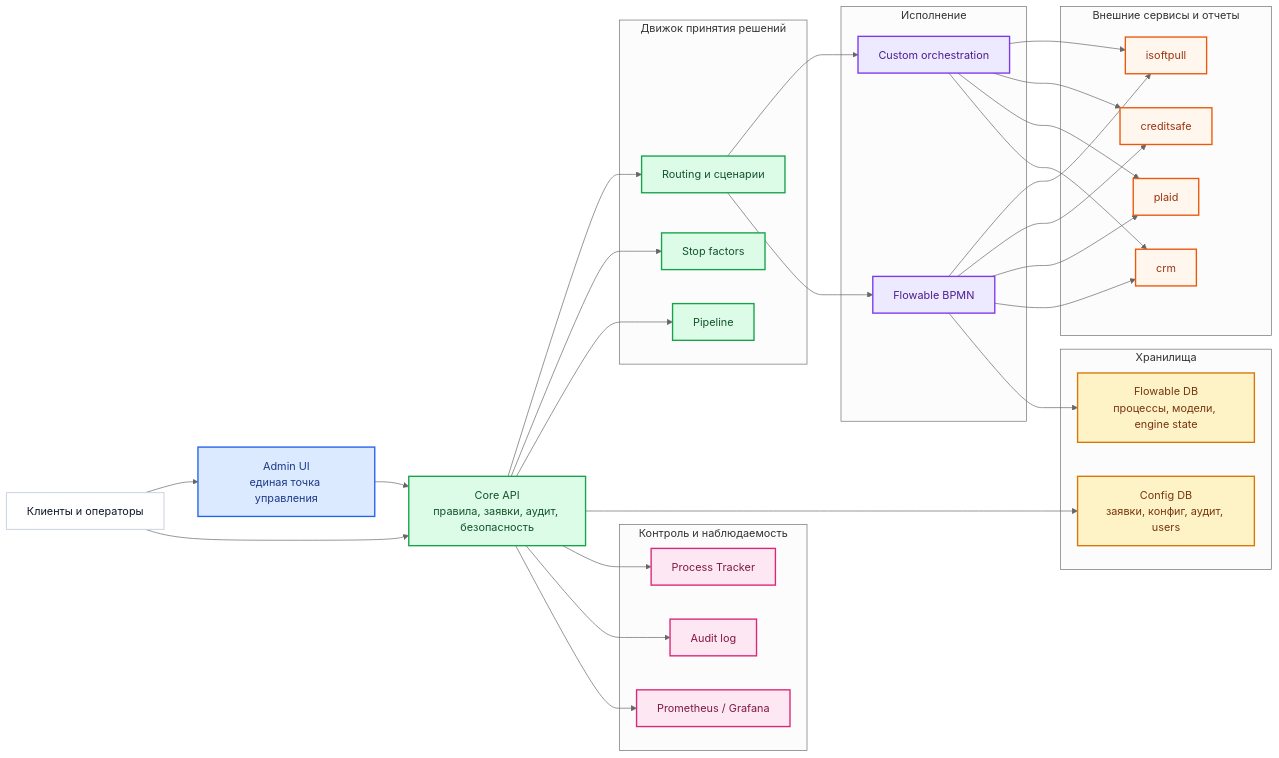
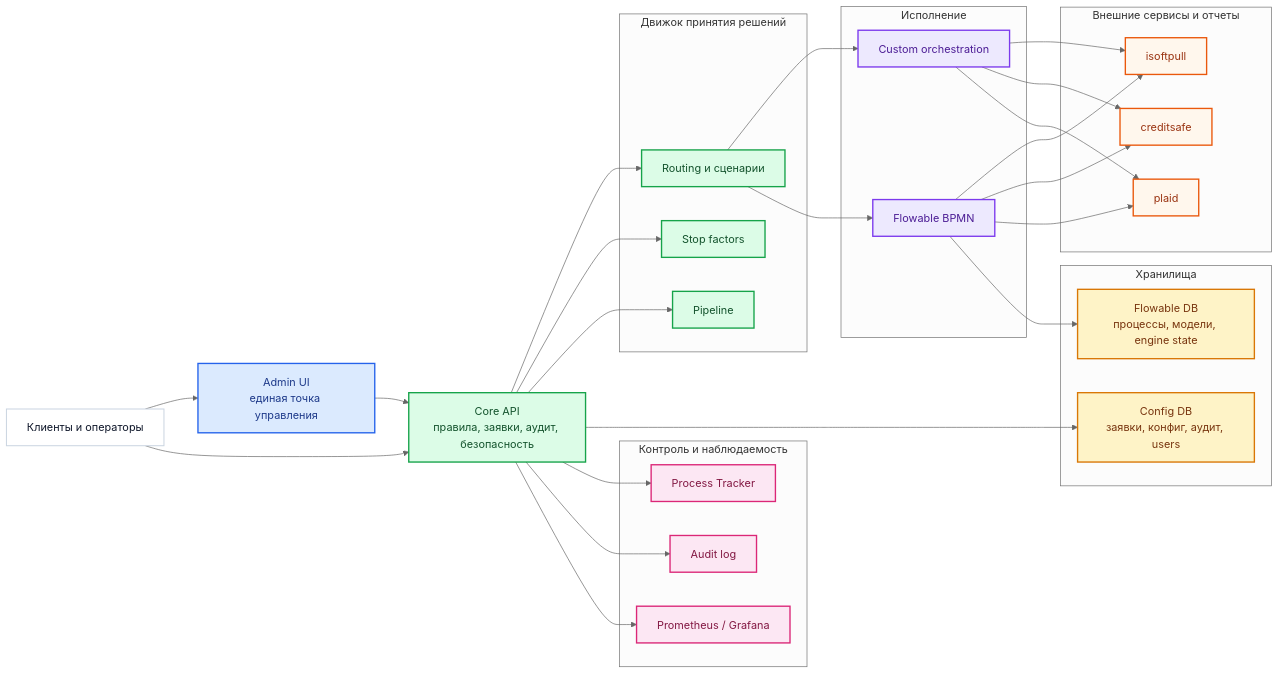
Before and after one commit to dlllmbeck777/bpmn_project: the diagram in docs/ARCHITECTURE_EXECUTIVE_RU.md, drawn with Mermaid (neutral theme). The commit also changed 25 other files, not shown here.

````diff
--- a/docs/ARCHITECTURE_EXECUTIVE_RU.md
+++ b/docs/ARCHITECTURE_EXECUTIVE_RU.md
@@ -15,65 +15,62 @@
 ```mermaid
 flowchart LR
     classDef edge fill:#ffffff,stroke:#cbd5e1,color:#0f172a,stroke-width:1.5px;
     classDef ui fill:#dbeafe,stroke:#2563eb,color:#1e3a8a,stroke-width:2px;
     classDef api fill:#dcfce7,stroke:#16a34a,color:#14532d,stroke-width:2px;
     classDef orch fill:#ede9fe,stroke:#7c3aed,color:#4c1d95,stroke-width:2px;
     classDef ext fill:#fff7ed,stroke:#ea580c,color:#9a3412,stroke-width:2px;
     classDef data fill:#fef3c7,stroke:#d97706,color:#78350f,stroke-width:2px;
     classDef ops fill:#fce7f3,stroke:#db2777,color:#831843,stroke-width:2px;
 
     Client["Клиенты и операторы"]:::edge
     Admin["Admin UI<br/>единая точка управления"]:::ui
     Api["Core API<br/>правила, заявки, аудит, безопасность"]:::api
 
     subgraph Decision["Движок принятия решений"]
         Routing["Routing и сценарии"]:::api
         Stops["Stop factors"]:::api
         Pipeline["Pipeline"]:::api
     end
 
     subgraph Execution["Исполнение"]
         Custom["Custom orchestration"]:::orch
         Flowable["Flowable BPMN"]:::orch
     end
 
     subgraph Integrations["Внешние сервисы и отчеты"]
         Isoft["isoftpull"]:::ext
         Creditsafe["creditsafe"]:::ext
         Plaid["plaid"]:::ext
-        Crm["crm"]:::ext
     end
 
     subgraph Data["Хранилища"]
         ConfigDb["Config DB<br/>заявки, конфиг, аудит, users"]:::data
         FlowableDb["Flowable DB<br/>процессы, модели, engine state"]:::data
     end
 
     subgraph Control["Контроль и наблюдаемость"]
         Tracker["Process Tracker"]:::ops
         Audit["Audit log"]:::ops
         Metrics["Prometheus / Grafana"]:::ops
     end
 
     Client --> Admin
     Client --> Api
     Admin --> Api
     Api --> Routing
     Api --> Stops
     Api --> Pipeline
     Routing --> Custom
     Routing --> Flowable
     Custom --> Isoft
     Custom --> Creditsafe
     Custom --> Plaid
-    Custom --> Crm
     Flowable --> Isoft
     Flowable --> Creditsafe
     Flowable --> Plaid
-    Flowable --> Crm
     Api --> ConfigDb
     Flowable --> FlowableDb
     Api --> Tracker
     Api --> Audit
     Api --> Metrics
 ```
````
